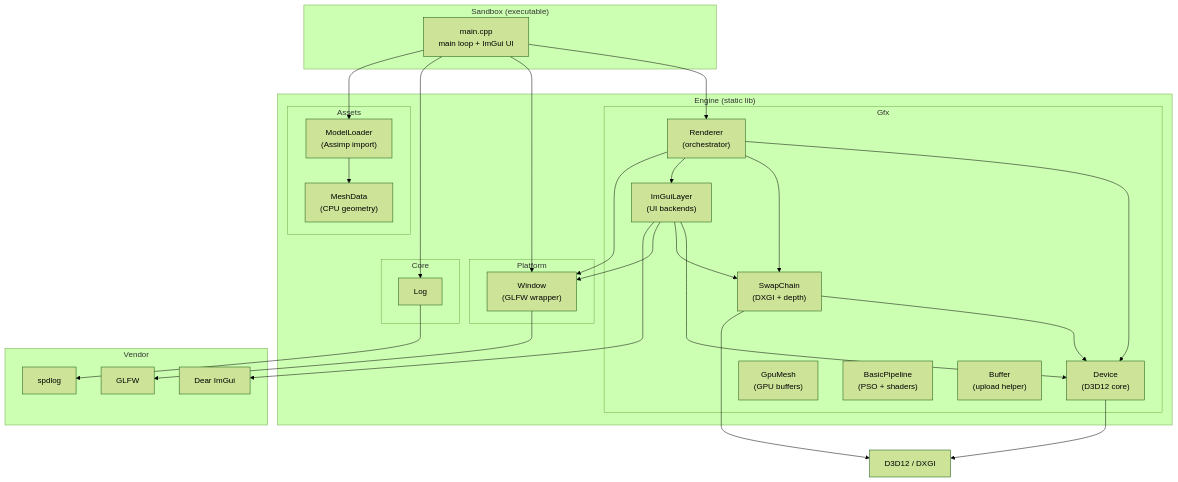
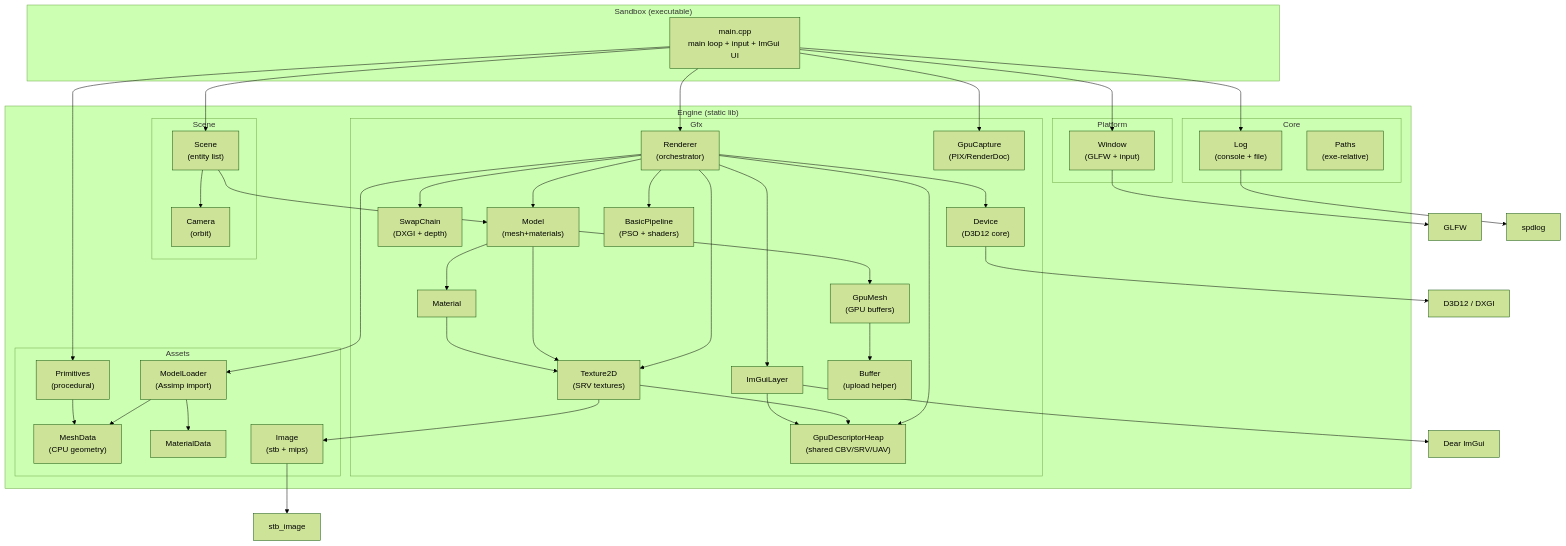
The first of 5 diagrams in docs/ARCHITECTURE.md (RomanovV/SummerEngine), drawn with Mermaid (forest theme) before and after one commit. The commit also changed other lines of this file, not shown here.

Commit message:
Updating ARCHITECTURE.md with current diagrams and future steps

````diff
--- a/docs/ARCHITECTURE.md
+++ b/docs/ARCHITECTURE.md
@@ -35,60 +44,83 @@
 ```mermaid
 graph TB
     subgraph Sandbox["Sandbox (executable)"]
-        Main["main.cpp<br/>main loop + ImGui UI"]
+        Main["main.cpp<br/>main loop + input + ImGui UI"]
     end
 
     subgraph Engine["Engine (static lib)"]
         subgraph Core["Core"]
-            Log["Log"]
+            Log["Log<br/>(console + file)"]
+            Paths["Paths<br/>(exe-relative)"]
         end
 
         subgraph Platform["Platform"]
-            Window["Window<br/>(GLFW wrapper)"]
+            Window["Window<br/>(GLFW + input)"]
+        end
+
+        subgraph Scene["Scene"]
+            SceneObj["Scene<br/>(entity list)"]
+            Camera["Camera<br/>(orbit)"]
         end
 
         subgraph Gfx["Gfx"]
             Renderer["Renderer<br/>(orchestrator)"]
             Device["Device<br/>(D3D12 core)"]
             SwapChain["SwapChain<br/>(DXGI + depth)"]
-            ImGuiLayer["ImGuiLayer<br/>(UI backends)"]
+            ImGuiLayer["ImGuiLayer"]
+            SrvHeap["GpuDescriptorHeap<br/>(shared CBV/SRV/UAV)"]
+            Model["Model<br/>(mesh+materials)"]
             GpuMesh["GpuMesh<br/>(GPU buffers)"]
+            Texture2D["Texture2D<br/>(SRV textures)"]
+            Material["Material"]
             BasicPipeline["BasicPipeline<br/>(PSO + shaders)"]
             Buffer["Buffer<br/>(upload helper)"]
+            GpuCapture["GpuCapture<br/>(PIX/RenderDoc)"]
         end
 
         subgraph Assets["Assets"]
             ModelLoader["ModelLoader<br/>(Assimp import)"]
             MeshData["MeshData<br/>(CPU geometry)"]
+            MaterialData["MaterialData"]
+            Image["Image<br/>(stb + mips)"]
+            Primitives["Primitives<br/>(procedural)"]
         end
-    end
-
-    subgraph Vendor["Vendor"]
-        GLFW["GLFW"]
-        ImGui["Dear ImGui"]
-        SPDLOG["spdlog"]
     end
 
     Main --> Renderer
     Main --> Window
     Main --> Log
-    Main --> ModelLoader
+    Main --> SceneObj
+    Main --> GpuCapture
+    Main --> Primitives
 
-    ModelLoader --> MeshData
+    SceneObj --> Camera
+    SceneObj --> Model
 
     Renderer --> Device
     Renderer --> SwapChain
     Renderer --> ImGuiLayer
-    Renderer --> Window
+    Renderer --> SrvHeap
+    Renderer --> BasicPipeline
+    Renderer --> Model
+    Renderer --> Texture2D
+    Renderer --> ModelLoader
 
-    SwapChain --> Device
-    ImGuiLayer --> Device
-    ImGuiLayer --> SwapChain
-    ImGuiLayer --> Window
+    Model --> GpuMesh
+    Model --> Material
+    Model --> Texture2D
+    Material --> Texture2D
+    GpuMesh --> Buffer
+    Texture2D --> SrvHeap
+    ImGuiLayer --> SrvHeap
 
-    Window --> GLFW
-    ImGuiLayer --> ImGui
-    Log --> SPDLOG
+    ModelLoader --> MeshData
+    ModelLoader --> MaterialData
+    Texture2D --> Image
+    Primitives --> MeshData
+
+    Window --> GLFW["GLFW"]
+    ImGuiLayer --> ImGui["Dear ImGui"]
+    Log --> SPDLOG["spdlog"]
+    Image --> STB["stb_image"]
     Device --> D3D12["D3D12 / DXGI"]
-    SwapChain --> D3D12
 ```
````
